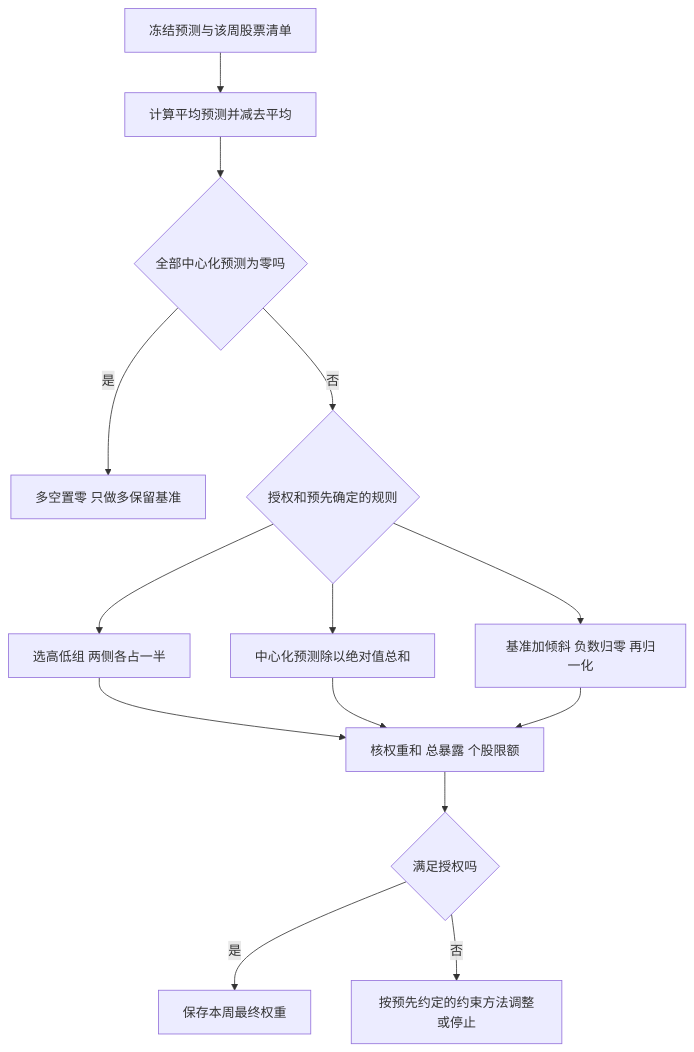
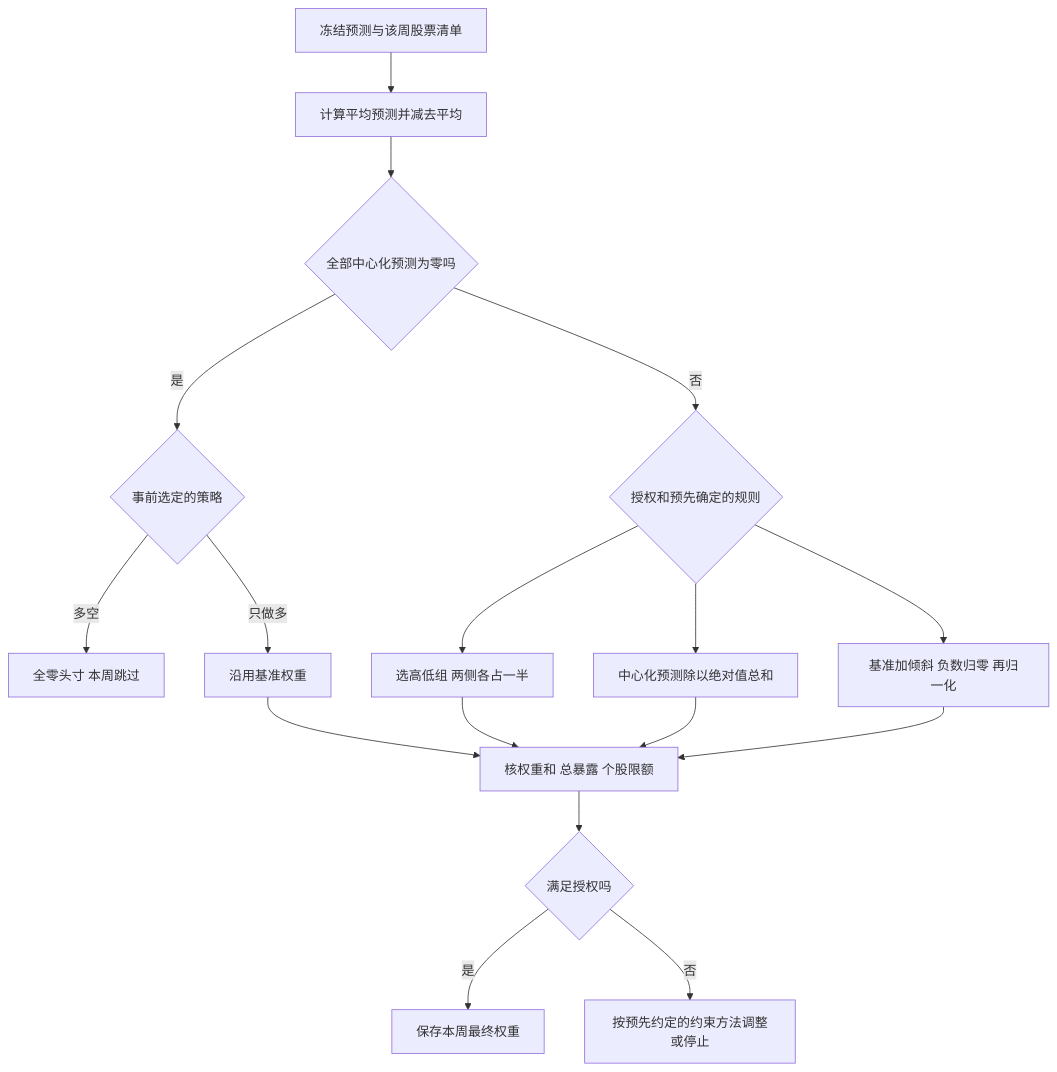
Before and after one commit to CercaTrovato/cityu-ai-course-notes: the fifth of 10 diagrams in EF5560_Fintech_and_AI_in_Finance/notes/M05-可解释机器学习与投资组合决策.md, drawn with Mermaid. The commit also changed other lines of this file and 2300 other files, not shown here.

First line of the commit message:
完善五课程逐页学习笔记、课件原图与修补规范

````diff
--- a/EF5560_Fintech_and_AI_in_Finance/notes/M05-可解释机器学习与投资组合决策.md
+++ b/EF5560_Fintech_and_AI_in_Finance/notes/M05-可解释机器学习与投资组合决策.md
@@ -976,16 +1608,19 @@
 ```mermaid
 flowchart TD
   A[冻结预测与该周股票清单] --> B[计算平均预测并减去平均]
   B --> C{全部中心化预测为零吗}
-  C -->|是| D[多空置零 只做多保留基准]
+  C -->|是| D{事前选定的策略}
+  D -->|多空| M[全零头寸 本周跳过]
+  D -->|只做多| N[沿用基准权重]
+  N --> I
   C -->|否| E{授权和预先确定的规则}
   E --> F[选高低组 两侧各占一半]
   E --> G[中心化预测除以绝对值总和]
   E --> H[基准加倾斜 负数归零 再归一化]
   F --> I[核权重和 总暴露 个股限额]
   G --> I
   H --> I
   I --> J{满足授权吗}
   J -->|是| K[保存本周最终权重]
   J -->|否| L[按预先约定的约束方法调整或停止]
 ```
````
